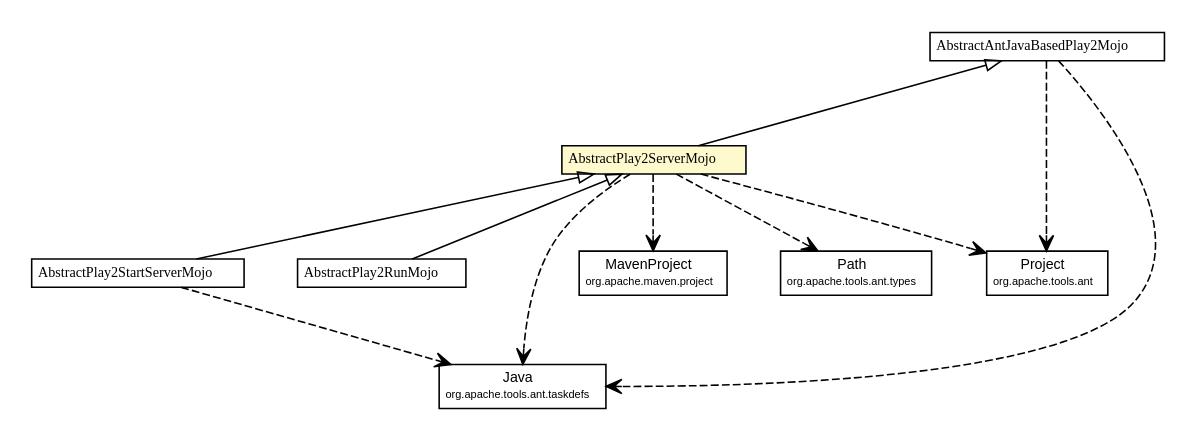
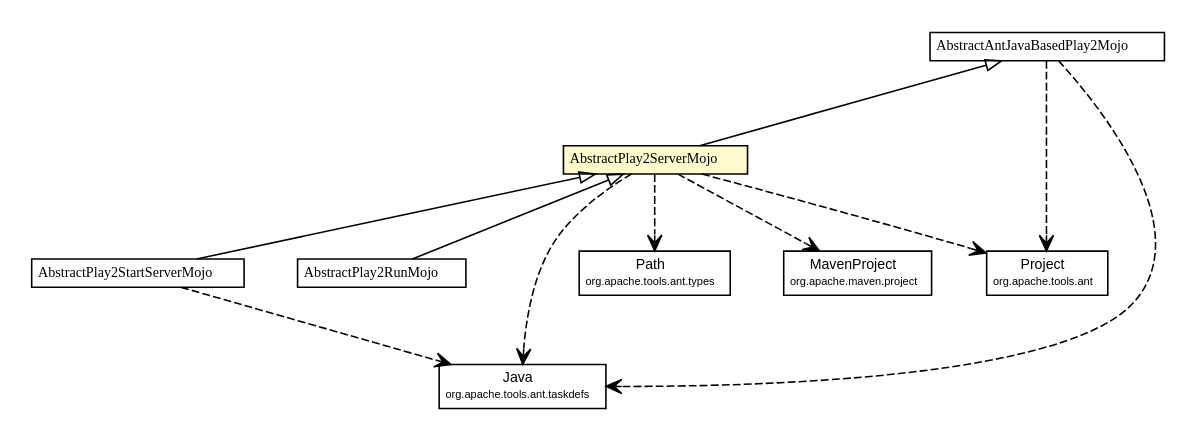
One commit to wouterhardeman/play2-maven-plugin changed the diagram in mavensite/1.0.0-alpha7-SNAPSHOT/play2-maven-plugin/apidocs/com/google/code/play2/plugin/AbstractPlay2ServerMojo.dot. Above: the diagram before and after it, drawn with Graphviz. The commit also changed 238 other files, not shown here.

```diff
--- a/mavensite/1.0.0-alpha7-SNAPSHOT/play2-maven-plugin/apidocs/com/google/code/play2/plugin/AbstractPlay2ServerMojo.dot
+++ b/mavensite/1.0.0-alpha7-SNAPSHOT/play2-maven-plugin/apidocs/com/google/code/play2/plugin/AbstractPlay2ServerMojo.dot
@@ -1,84 +1,84 @@
 #!/usr/local/bin/dot
 #
 # Class diagram 
 # Generated by UMLGraph version R5_6-24-gf6e263 (http://www.umlgraph.org/)
 #
 
 digraph G {
 	edge [fontname="arial",fontsize=10,labelfontname="arial",labelfontsize=10];
 	node [fontname="arial",fontsize=10,shape=plaintext];
 	nodesep=0.25;
 	ranksep=0.5;
 	// com.google.code.play2.plugin.AbstractPlay2StartServerMojo
 	c438 [label=<<table title="com.google.code.play2.plugin.AbstractPlay2StartServerMojo" border="0" cellborder="1" cellspacing="0" cellpadding="2" port="p" href="./AbstractPlay2StartServerMojo.html">
 		<tr><td><table border="0" cellspacing="0" cellpadding="1">
 <tr><td align="center" balign="center"><font face="arial italic"> AbstractPlay2StartServerMojo </font></td></tr>
 		</table></td></tr>
 		</table>>, URL="./AbstractPlay2StartServerMojo.html", fontname="arial", fontcolor="black", fontsize=9.0];
 	// com.google.code.play2.plugin.AbstractPlay2ServerMojo
 	c439 [label=<<table title="com.google.code.play2.plugin.AbstractPlay2ServerMojo" border="0" cellborder="1" cellspacing="0" cellpadding="2" port="p" bgcolor="lemonChiffon" href="./AbstractPlay2ServerMojo.html">
 		<tr><td><table border="0" cellspacing="0" cellpadding="1">
 <tr><td align="center" balign="center"><font face="arial italic"> AbstractPlay2ServerMojo </font></td></tr>
 		</table></td></tr>
 		</table>>, URL="./AbstractPlay2ServerMojo.html", fontname="arial", fontcolor="black", fontsize=9.0];
 	// com.google.code.play2.plugin.AbstractPlay2RunMojo
 	c440 [label=<<table title="com.google.code.play2.plugin.AbstractPlay2RunMojo" border="0" cellborder="1" cellspacing="0" cellpadding="2" port="p" href="./AbstractPlay2RunMojo.html">
 		<tr><td><table border="0" cellspacing="0" cellpadding="1">
 <tr><td align="center" balign="center"><font face="arial italic"> AbstractPlay2RunMojo </font></td></tr>
 		</table></td></tr>
 		</table>>, URL="./AbstractPlay2RunMojo.html", fontname="arial", fontcolor="black", fontsize=9.0];
 	// com.google.code.play2.plugin.AbstractAntJavaBasedPlay2Mojo
 	c447 [label=<<table title="com.google.code.play2.plugin.AbstractAntJavaBasedPlay2Mojo" border="0" cellborder="1" cellspacing="0" cellpadding="2" port="p" href="./AbstractAntJavaBasedPlay2Mojo.html">
 		<tr><td><table border="0" cellspacing="0" cellpadding="1">
 <tr><td align="center" balign="center"><font face="arial italic"> AbstractAntJavaBasedPlay2Mojo </font></td></tr>
 		</table></td></tr>
 		</table>>, URL="./AbstractAntJavaBasedPlay2Mojo.html", fontname="arial", fontcolor="black", fontsize=9.0];
 	//com.google.code.play2.plugin.AbstractPlay2StartServerMojo extends com.google.code.play2.plugin.AbstractPlay2ServerMojo
 	c439:p -> c438:p [dir=back,arrowtail=empty];
 	//com.google.code.play2.plugin.AbstractPlay2ServerMojo extends com.google.code.play2.plugin.AbstractAntJavaBasedPlay2Mojo
 	c447:p -> c439:p [dir=back,arrowtail=empty];
 	//com.google.code.play2.plugin.AbstractPlay2RunMojo extends com.google.code.play2.plugin.AbstractPlay2ServerMojo
 	c439:p -> c440:p [dir=back,arrowtail=empty];
 	// com.google.code.play2.plugin.AbstractPlay2StartServerMojo DEPEND org.apache.tools.ant.taskdefs.Java
 	c438:p -> c449:p [taillabel="", label="", headlabel="", fontname="arial", fontcolor="black", fontsize=10.0, color="black", arrowhead=open, style=dashed];
+	// com.google.code.play2.plugin.AbstractPlay2ServerMojo DEPEND org.apache.tools.ant.types.Path
+	c439:p -> c450:p [taillabel="", label="", headlabel="", fontname="arial", fontcolor="black", fontsize=10.0, color="black", arrowhead=open, style=dashed];
 	// com.google.code.play2.plugin.AbstractPlay2ServerMojo DEPEND org.apache.maven.project.MavenProject
-	c439:p -> c450:p [taillabel="", label="", headlabel="", fontname="arial", fontcolor="black", fontsize=10.0, color="black", arrowhead=open, style=dashed];
-	// com.google.code.play2.plugin.AbstractPlay2ServerMojo DEPEND org.apache.tools.ant.types.Path
 	c439:p -> c451:p [taillabel="", label="", headlabel="", fontname="arial", fontcolor="black", fontsize=10.0, color="black", arrowhead=open, style=dashed];
 	// com.google.code.play2.plugin.AbstractPlay2ServerMojo DEPEND org.apache.tools.ant.taskdefs.Java
 	c439:p -> c449:p [taillabel="", label="", headlabel="", fontname="arial", fontcolor="black", fontsize=10.0, color="black", arrowhead=open, style=dashed];
 	// com.google.code.play2.plugin.AbstractPlay2ServerMojo DEPEND org.apache.tools.ant.Project
 	c439:p -> c452:p [taillabel="", label="", headlabel="", fontname="arial", fontcolor="black", fontsize=10.0, color="black", arrowhead=open, style=dashed];
 	// com.google.code.play2.plugin.AbstractAntJavaBasedPlay2Mojo DEPEND org.apache.tools.ant.taskdefs.Java
 	c447:p -> c449:p [taillabel="", label="", headlabel="", fontname="arial", fontcolor="black", fontsize=10.0, color="black", arrowhead=open, style=dashed];
 	// com.google.code.play2.plugin.AbstractAntJavaBasedPlay2Mojo DEPEND org.apache.tools.ant.Project
 	c447:p -> c452:p [taillabel="", label="", headlabel="", fontname="arial", fontcolor="black", fontsize=10.0, color="black", arrowhead=open, style=dashed];
 	// org.apache.tools.ant.taskdefs.Java
 	c449 [label=<<table title="org.apache.tools.ant.taskdefs.Java" border="0" cellborder="1" cellspacing="0" cellpadding="2" port="p" href="http://maven-play-plugin.googlecode.com/svn/apidocs/org/apache/ant/ant/1.9.0/org/apache/tools/ant/taskdefs/Java.html">
 		<tr><td><table border="0" cellspacing="0" cellpadding="1">
 <tr><td align="center" balign="center"> Java </td></tr>
 <tr><td align="center" balign="center"><font point-size="7.0"> org.apache.tools.ant.taskdefs </font></td></tr>
 		</table></td></tr>
 		</table>>, URL="http://maven-play-plugin.googlecode.com/svn/apidocs/org/apache/ant/ant/1.9.0/org/apache/tools/ant/taskdefs/Java.html", fontname="arial", fontcolor="black", fontsize=9.0];
 	// org.apache.tools.ant.Project
 	c452 [label=<<table title="org.apache.tools.ant.Project" border="0" cellborder="1" cellspacing="0" cellpadding="2" port="p" href="http://maven-play-plugin.googlecode.com/svn/apidocs/org/apache/ant/ant/1.9.0/org/apache/tools/ant/Project.html">
 		<tr><td><table border="0" cellspacing="0" cellpadding="1">
 <tr><td align="center" balign="center"> Project </td></tr>
 <tr><td align="center" balign="center"><font point-size="7.0"> org.apache.tools.ant </font></td></tr>
 		</table></td></tr>
 		</table>>, URL="http://maven-play-plugin.googlecode.com/svn/apidocs/org/apache/ant/ant/1.9.0/org/apache/tools/ant/Project.html", fontname="arial", fontcolor="black", fontsize=9.0];
 	// org.apache.tools.ant.types.Path
-	c451 [label=<<table title="org.apache.tools.ant.types.Path" border="0" cellborder="1" cellspacing="0" cellpadding="2" port="p" href="http://maven-play-plugin.googlecode.com/svn/apidocs/org/apache/ant/ant/1.9.0/org/apache/tools/ant/types/Path.html">
+	c450 [label=<<table title="org.apache.tools.ant.types.Path" border="0" cellborder="1" cellspacing="0" cellpadding="2" port="p" href="http://maven-play-plugin.googlecode.com/svn/apidocs/org/apache/ant/ant/1.9.0/org/apache/tools/ant/types/Path.html">
 		<tr><td><table border="0" cellspacing="0" cellpadding="1">
 <tr><td align="center" balign="center"> Path </td></tr>
 <tr><td align="center" balign="center"><font point-size="7.0"> org.apache.tools.ant.types </font></td></tr>
 		</table></td></tr>
 		</table>>, URL="http://maven-play-plugin.googlecode.com/svn/apidocs/org/apache/ant/ant/1.9.0/org/apache/tools/ant/types/Path.html", fontname="arial", fontcolor="black", fontsize=9.0];
 	// org.apache.maven.project.MavenProject
-	c450 [label=<<table title="org.apache.maven.project.MavenProject" border="0" cellborder="1" cellspacing="0" cellpadding="2" port="p" href="http://maven.apache.org/ref/2.2.1/maven-project/apidocs/org/apache/maven/project/MavenProject.html">
+	c451 [label=<<table title="org.apache.maven.project.MavenProject" border="0" cellborder="1" cellspacing="0" cellpadding="2" port="p" href="http://maven.apache.org/ref/2.2.1/maven-project/apidocs/org/apache/maven/project/MavenProject.html">
 		<tr><td><table border="0" cellspacing="0" cellpadding="1">
 <tr><td align="center" balign="center"> MavenProject </td></tr>
 <tr><td align="center" balign="center"><font point-size="7.0"> org.apache.maven.project </font></td></tr>
 		</table></td></tr>
 		</table>>, URL="http://maven.apache.org/ref/2.2.1/maven-project/apidocs/org/apache/maven/project/MavenProject.html", fontname="arial", fontcolor="black", fontsize=9.0];
 }
```
